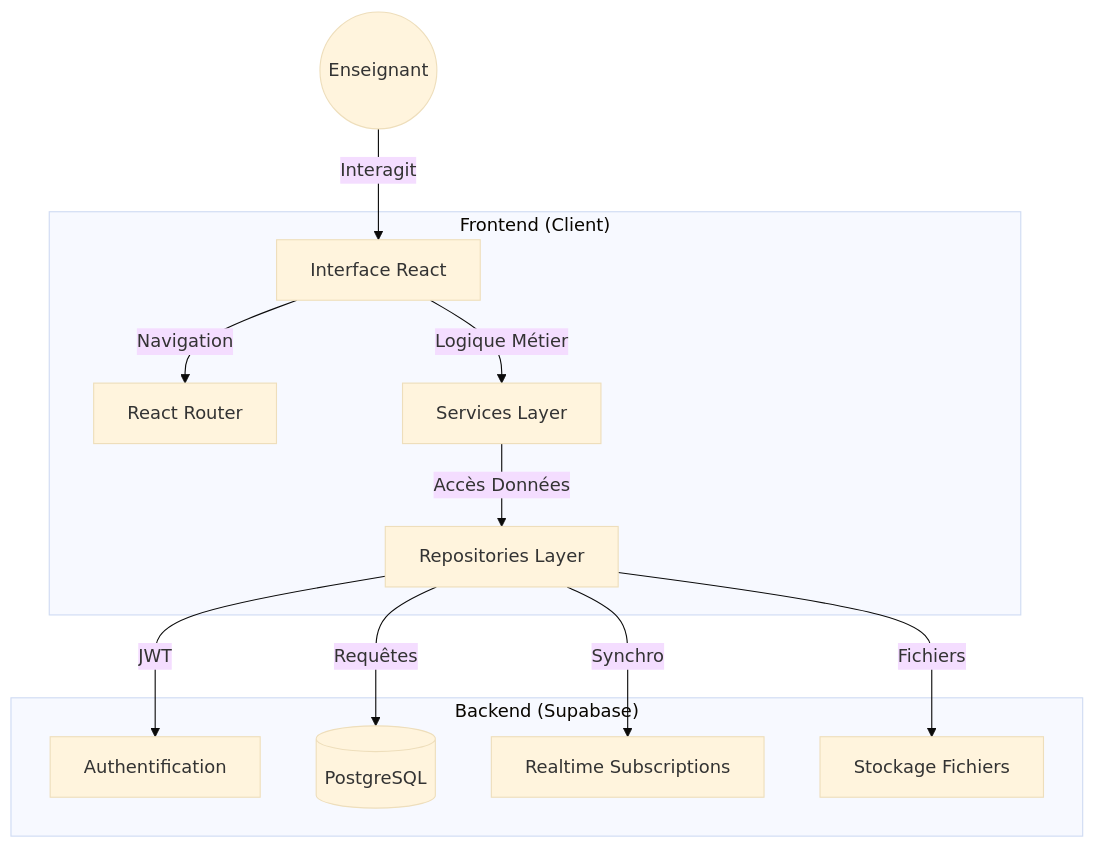
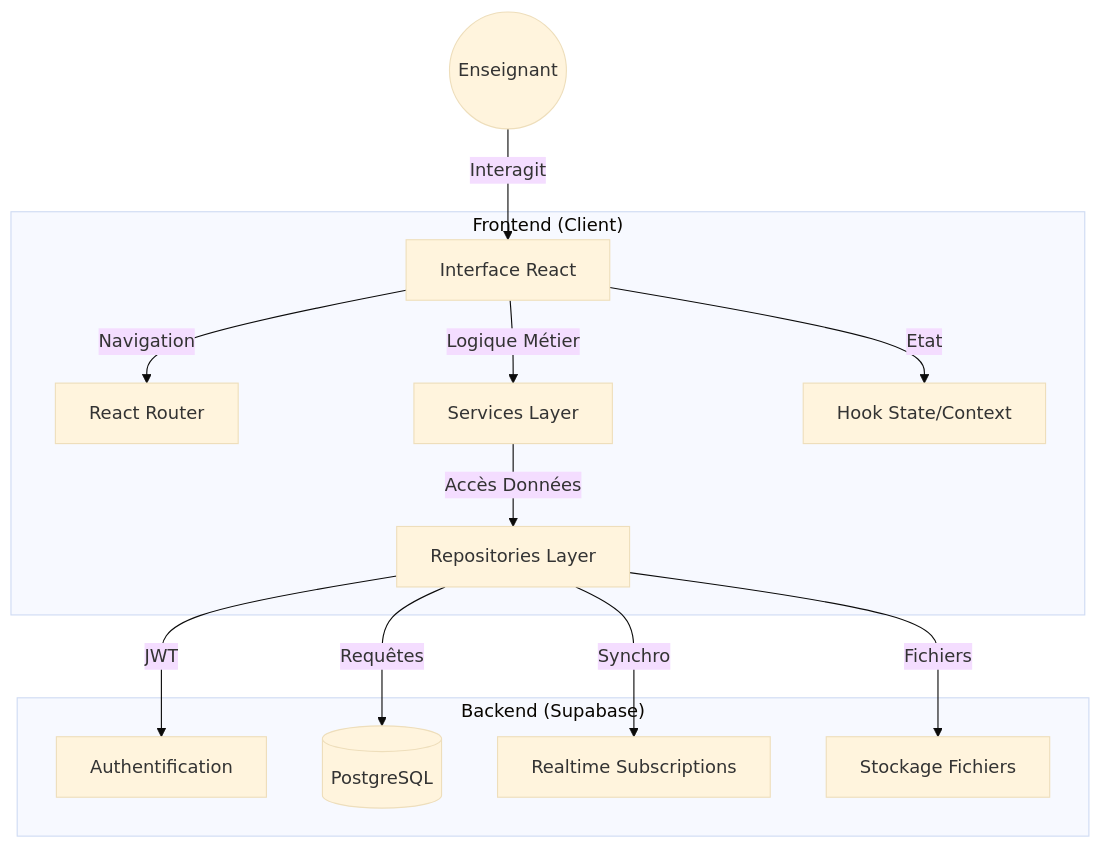
Before and after one commit to classecedric-spec/gestion-de-classe: the diagram in ARCHITECTURE.md, drawn with Mermaid (base theme). The commit also changed other lines of this file and 2091 other files, not shown here.

````diff
--- a/ARCHITECTURE.md
+++ b/ARCHITECTURE.md
@@ -9,27 +9,29 @@
 ```mermaid
 graph TD
     User((Enseignant))
     
     subgraph "Frontend (Client)"
         UI[Interface React]
         Router[React Router]
         Services[Services Layer]
         Repos[Repositories Layer]
+        State[Hook State/Context]
     end
     
     subgraph "Backend (Supabase)"
         Auth[Authentification]
         DB[(PostgreSQL)]
         Realtime[Realtime Subscriptions]
         Storage[Stockage Fichiers]
     end
 
     User -->|Interagit| UI
     UI -->|Navigation| Router
     UI -->|Logique Métier| Services
     Services -->|Accès Données| Repos
     Repos -->|Requêtes| DB
     Repos -->|JWT| Auth
     Repos -->|Synchro| Realtime
     Repos -->|Fichiers| Storage
+    UI -->|Etat| State
 ```
````
